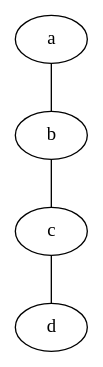
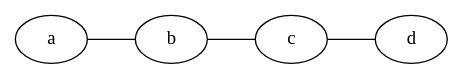
Before and after one commit to jaanos/diskretne-strukture-fim: diagram 14 of 35 in zapiski/2020-21/2020-12-16.md, drawn with Graphviz. The commit also changed other lines of this file, not shown here.

````diff
--- a/zapiski/2020-21/2020-12-16.md
+++ b/zapiski/2020-21/2020-12-16.md
@@ -137,5 +142,6 @@
 ```graphviz
 graph G7 {
+  rankdir=LR
   a -- b -- c -- d
 }
 ```
````
